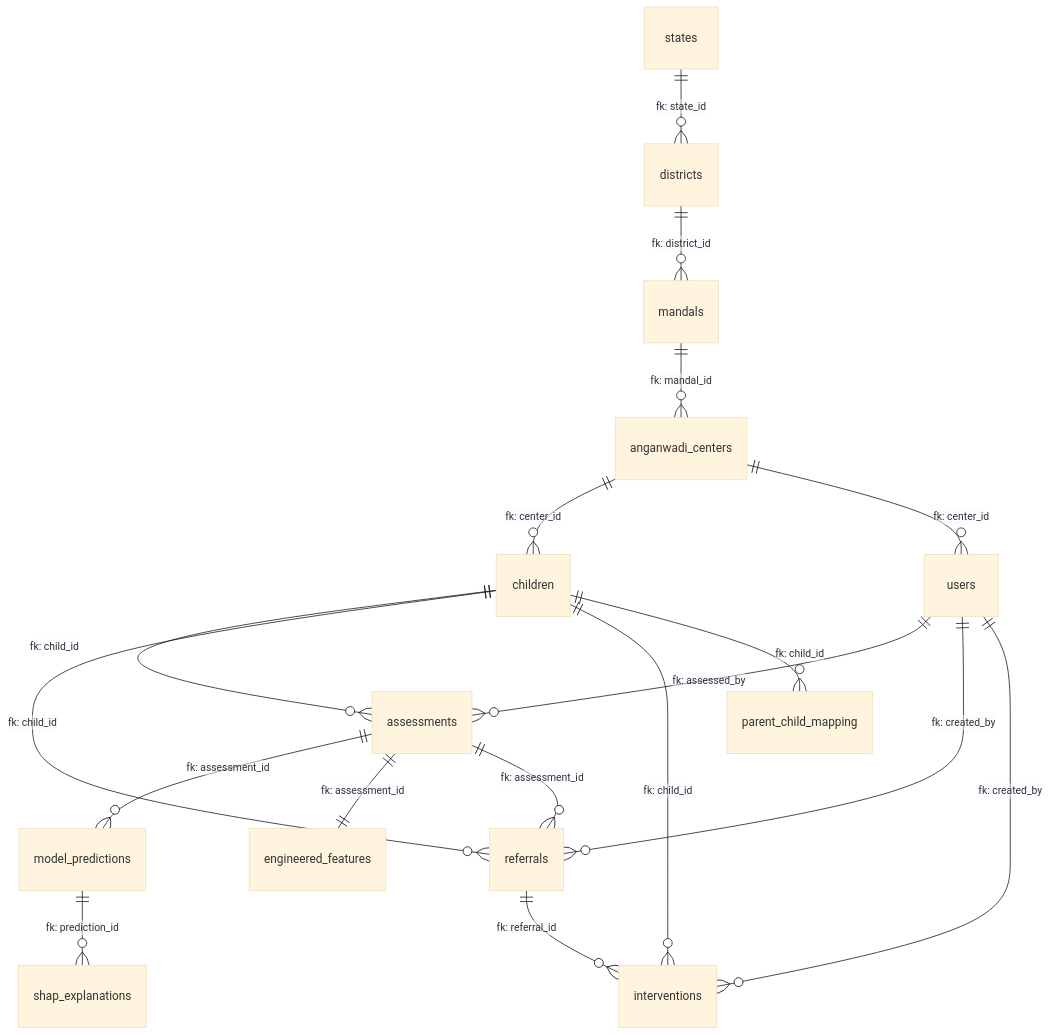
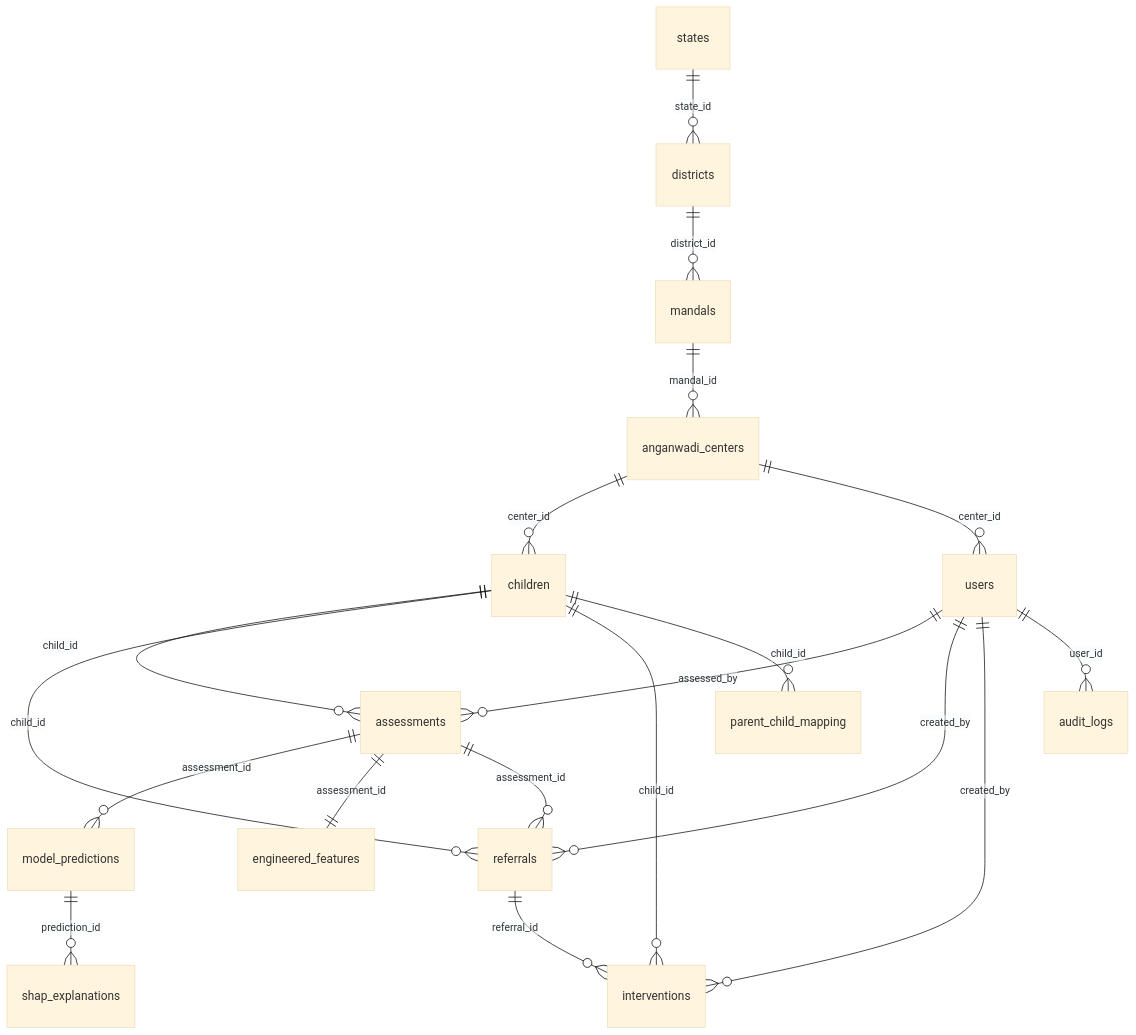
One commit to shaik7867867860089-stack/Autism changed the third of 3 diagrams in PROJECT_DOCUMENTATION.md. Above: the diagram before and after it, drawn with Mermaid (base theme). The commit also changed other lines of this file, not shown here.

````diff
--- a/PROJECT_DOCUMENTATION.md
+++ b/PROJECT_DOCUMENTATION.md
@@ -151,26 +162,27 @@
 ```mermaid
 erDiagram
-    states ||--o{ districts : "fk: state_id"
-    districts ||--o{ mandals : "fk: district_id"
-    mandals ||--o{ anganwadi_centers : "fk: mandal_id"
+    states ||--o{ districts : "state_id"
+    districts ||--o{ mandals : "district_id"
+    mandals ||--o{ anganwadi_centers : "mandal_id"
     
-    anganwadi_centers ||--o{ children : "fk: center_id"
-    anganwadi_centers ||--o{ users : "fk: center_id"
+    anganwadi_centers ||--o{ children : "center_id"
+    anganwadi_centers ||--o{ users : "center_id"
     
-    users ||--o{ assessments : "fk: assessed_by"
-    users ||--o{ referrals : "fk: created_by"
-    users ||--o{ interventions : "fk: created_by"
+    users ||--o{ assessments : "assessed_by"
+    users ||--o{ referrals : "created_by"
+    users ||--o{ interventions : "created_by"
+    users ||--o{ audit_logs : "user_id"
     
-    children ||--o{ assessments : "fk: child_id"
-    children ||--o{ referrals : "fk: child_id"
-    children ||--o{ interventions : "fk: child_id"
-    children ||--o{ parent_child_mapping : "fk: child_id"
+    children ||--o{ assessments : "child_id"
+    children ||--o{ referrals : "child_id"
+    children ||--o{ interventions : "child_id"
+    children ||--o{ parent_child_mapping : "child_id"
     
-    assessments ||--o{ model_predictions : "fk: assessment_id"
-    assessments ||--|| engineered_features : "fk: assessment_id"
-    assessments ||--o{ referrals : "fk: assessment_id"
+    assessments ||--o{ model_predictions : "assessment_id"
+    assessments ||--|| engineered_features : "assessment_id"
+    assessments ||--o{ referrals : "assessment_id"
     
-    model_predictions ||--o{ shap_explanations : "fk: prediction_id"
+    model_predictions ||--o{ shap_explanations : "prediction_id"
     
-    referrals ||--o{ interventions : "fk: referral_id"
+    referrals ||--o{ interventions : "referral_id"
 ```
````
